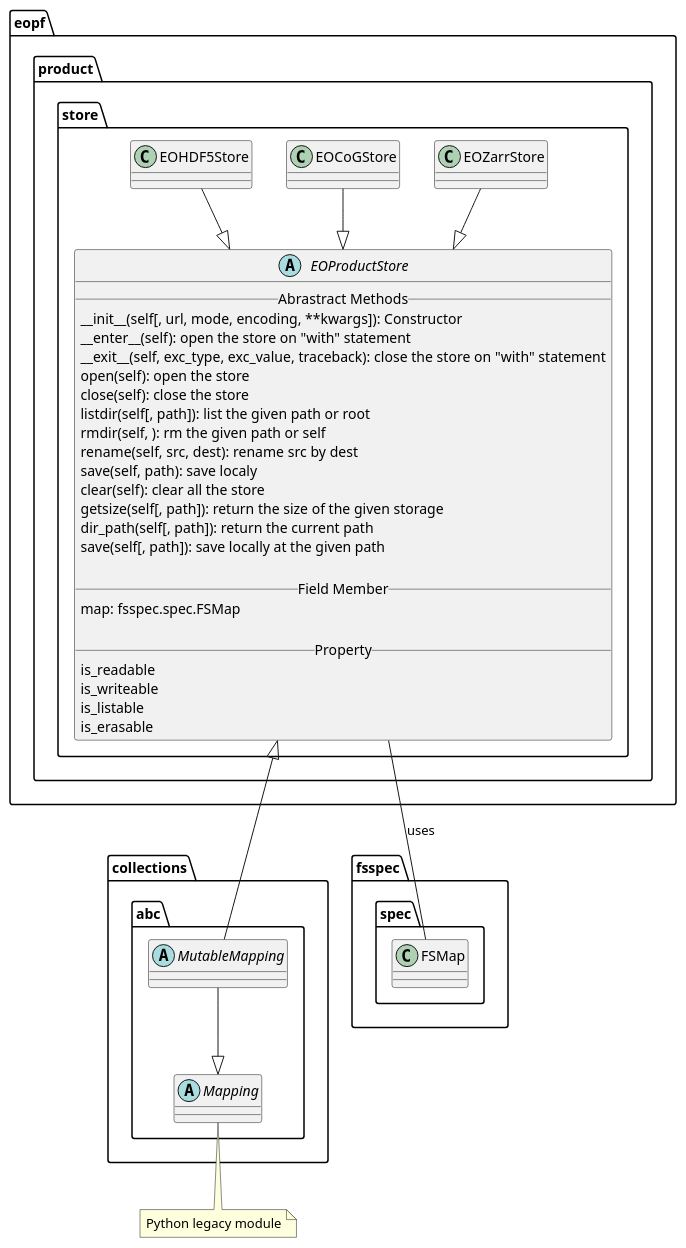
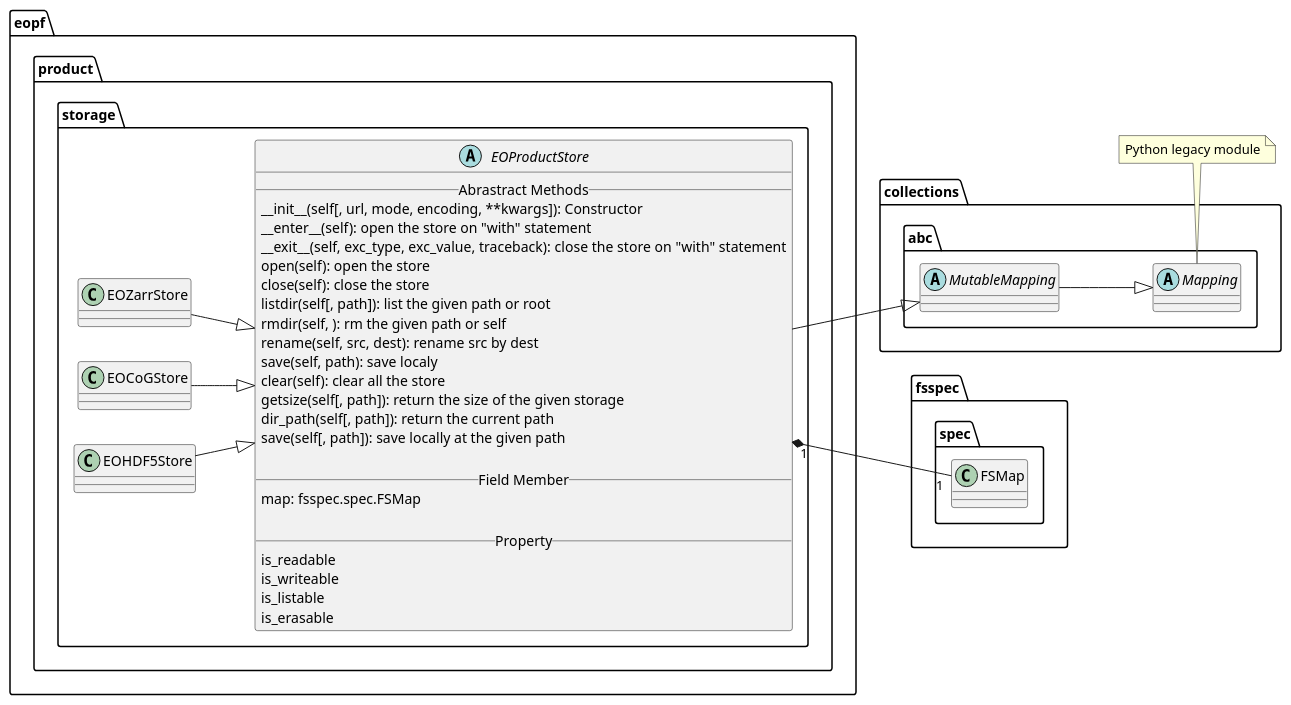
Before and after one commit to CSC-DPR/eopf-cpm: the diagram in docs/plantuml/eopf_product_store.puml, drawn with PlantUML.

Commit message:
store becomes storage

```diff
--- a/docs/plantuml/eopf_product_store.puml
+++ b/docs/plantuml/eopf_product_store.puml
@@ -1,47 +1,48 @@
 @startuml
-package eopf.product.store
+left to right direction
+package eopf.product.storage
 {
 
     ' inspired by fsspec.spec.AbstractFileSystem
     abstract EOProductStore {
         __ Abrastract Methods __
         __init__(self[, url, mode, encoding, **kwargs]): Constructor
         __enter__(self): open the store on "with" statement
         __exit__(self, exc_type, exc_value, traceback): close the store on "with" statement
         open(self): open the store
         close(self): close the store
         listdir(self[, path]): list the given path or root
         rmdir(self, ): rm the given path or self
         rename(self, src, dest): rename src by dest
         save(self, path): save localy
         clear(self): clear all the store
         getsize(self[, path]): return the size of the given storage
         dir_path(self[, path]): return the current path
         save(self[, path]): save locally at the given path
 
         __ Field Member __
         map: fsspec.spec.FSMap
 
         __ Property __
         is_readable
         is_writeable
         is_listable
         is_erasable
     }
 
     EOZarrStore --|> EOProductStore
     EOCoGStore --|> EOProductStore
     EOHDF5Store --|> EOProductStore
 }
 
 
 package collections.abc {
     abstract MutableMapping
     abstract Mapping
     MutableMapping --|> Mapping
 }
 note bottom: Python legacy module
 
-EOProductStore <|-- MutableMapping
-EOProductStore -- fsspec.spec.FSMap : uses
+EOProductStore --|> MutableMapping
+EOProductStore "1"*--"1" fsspec.spec.FSMap
 @enduml
```
